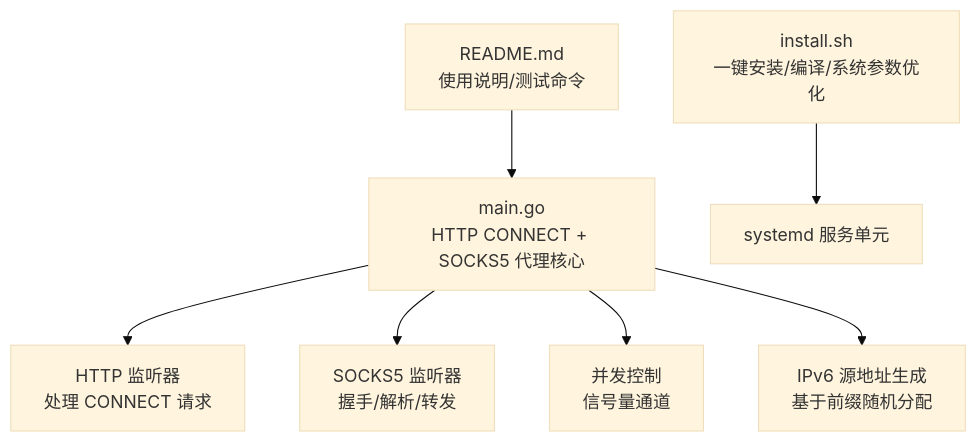
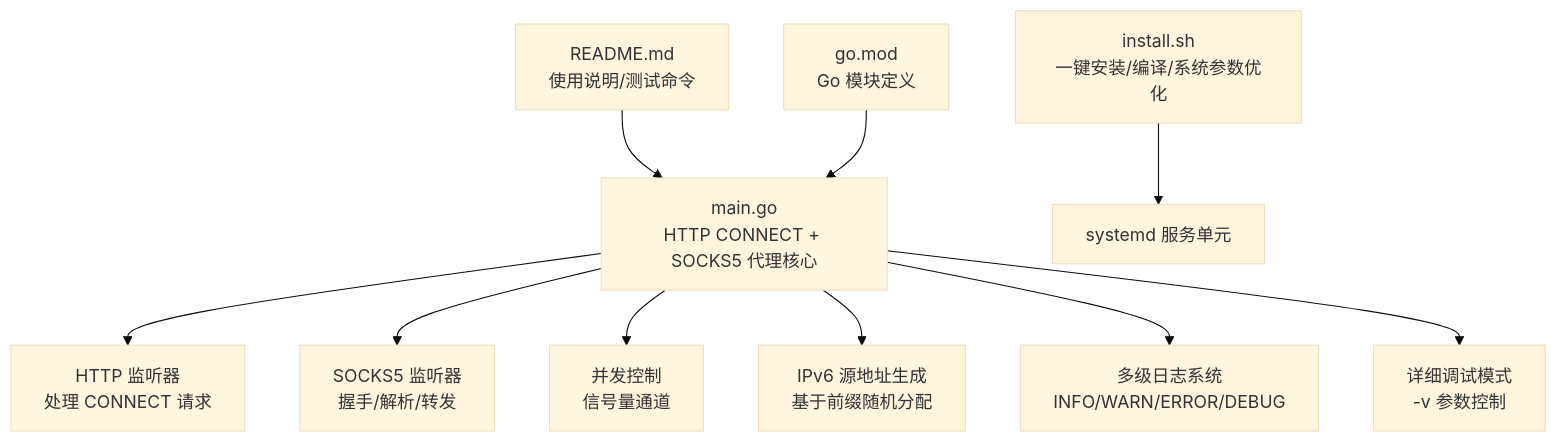
Before and after one commit to chuwang9964/ipv6-proxy-pool: the first of 4 diagrams in .qoder/repowiki/zh/content/项目概述.md, drawn with Mermaid (base theme). The commit also changed other lines of this file and 22 other files, not shown here.

````diff
--- a/.qoder/repowiki/zh/content/项目概述.md
+++ b/.qoder/repowiki/zh/content/项目概述.md
@@ -37,9 +52,12 @@
 ```mermaid
 graph TB
 A["main.go<br/>HTTP CONNECT + SOCKS5 代理核心"] --> B["HTTP 监听器<br/>处理 CONNECT 请求"]
 A --> C["SOCKS5 监听器<br/>握手/解析/转发"]
 A --> D["并发控制<br/>信号量通道"]
 A --> E["IPv6 源地址生成<br/>基于前缀随机分配"]
-F["install.sh<br/>一键安装/编译/系统参数优化"] --> G["systemd 服务单元"]
-H["README.md<br/>使用说明/测试命令"] --> A
+A --> F["多级日志系统<br/>INFO/WARN/ERROR/DEBUG"]
+A --> G["详细调试模式<br/>-v 参数控制"]
+H["install.sh<br/>一键安装/编译/系统参数优化"] --> I["systemd 服务单元"]
+J["README.md<br/>使用说明/测试命令"] --> A
+K["go.mod<br/>Go 模块定义"] --> A
 ```
````
